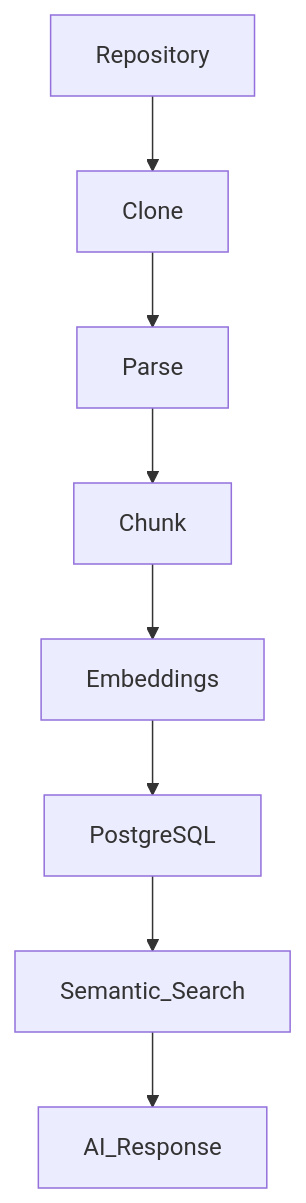
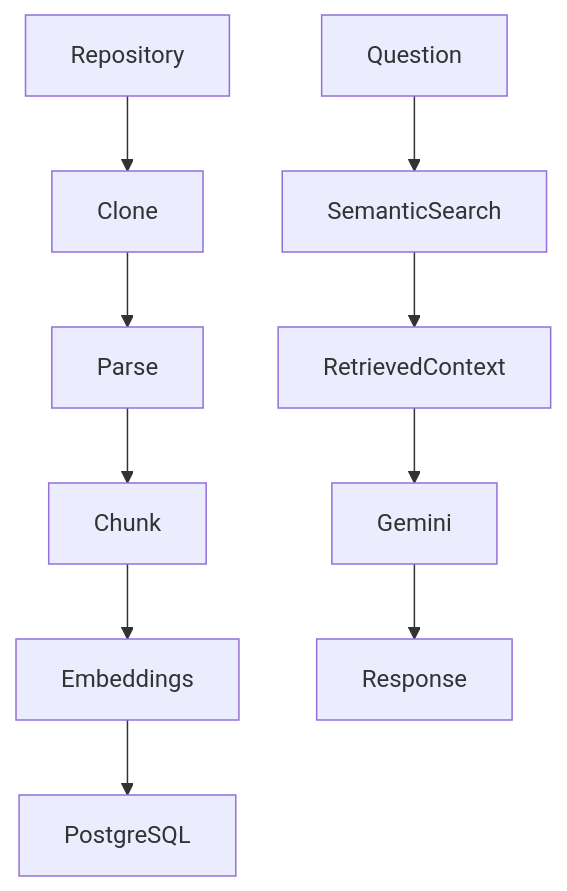
One commit to impanamu/codeforge-ai changed the second of 3 diagrams in README.md. Above: the diagram before and after it, drawn with Mermaid. The commit also changed other lines of this file and 1 other file, not shown here.

Commit message:
Add architecture documentation

````diff
--- a/README.md
+++ b/README.md
@@ -100,24 +102,22 @@
 ```mermaid
 flowchart TD
 
 Repository
-    --> Clone
+--> Clone
+--> Parse
+--> Chunk
+--> Embeddings
+--> PostgreSQL
 
-Clone
-    --> Parse
+Question
+--> SemanticSearch
 
-Parse
-    --> Chunk
+SemanticSearch
+--> RetrievedContext
 
-Chunk
-    --> Embeddings
+RetrievedContext
+--> Gemini
 
-Embeddings
-    --> PostgreSQL
-
-PostgreSQL
-    --> Semantic_Search
-
-Semantic_Search
-    --> AI_Response
+Gemini
+--> Response
 ```
````
